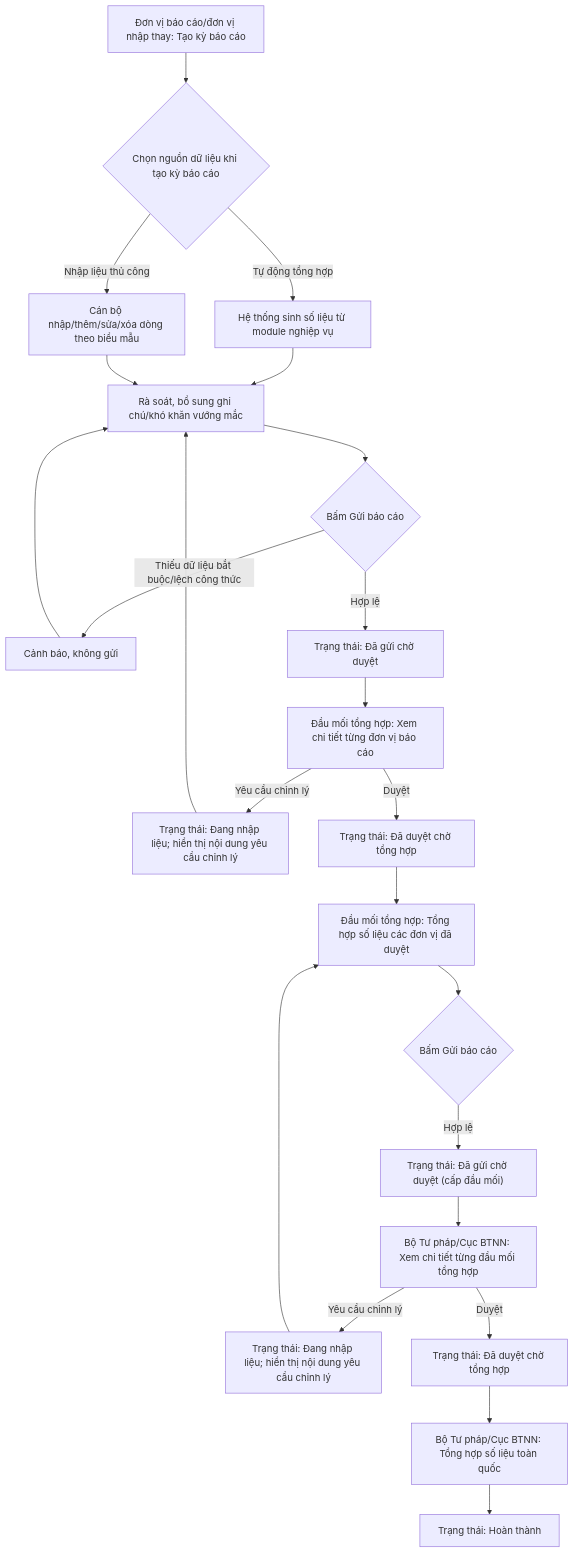
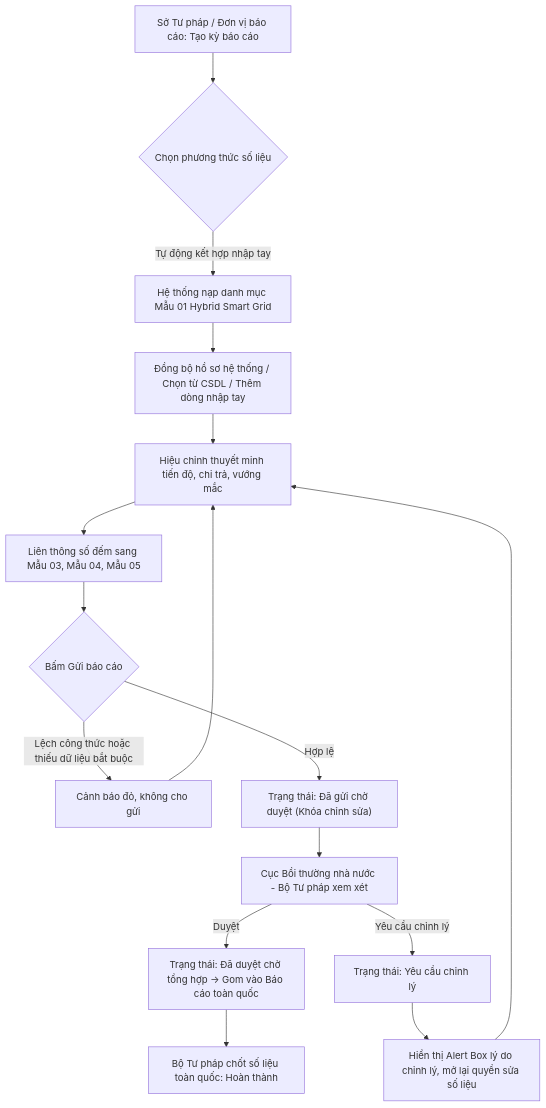
One commit to huyendt2007/BPBD_UI changed the diagram in Tai lieu phan tich/03_Website_Quan_tri/03_Cong_tac_boi_thuong/SRS_BTNN_QuanLyBaoCao_TT08.md. Above: the diagram before and after it, drawn with Mermaid. The commit also changed other lines of this file and 6 other files, not shown here.

Commit message:
Cap nhat luong YCBT co ban an sang Cho thuc thi, dong bo module kinh phi va hoan thien bao cao TT08

````diff
--- a/Tai lieu phan tich/03_Website_Quan_tri/03_Cong_tac_boi_thuong/SRS_BTNN_QuanLyBaoCao_TT08.md
+++ b/Tai lieu phan tich/03_Website_Quan_tri/03_Cong_tac_boi_thuong/SRS_BTNN_QuanLyBaoCao_TT08.md
@@ -41,25 +29,18 @@
 ```mermaid
 flowchart TD
-    A[Đơn vị báo cáo/đơn vị nhập thay: Tạo kỳ báo cáo] --> B{Chọn nguồn dữ liệu khi tạo kỳ báo cáo}
-    B -->|Tự động tổng hợp| C[Hệ thống sinh số liệu từ module nghiệp vụ]
-    B -->|Nhập liệu thủ công| D[Cán bộ nhập/thêm/sửa/xóa dòng theo biểu mẫu]
-    C --> E[Rà soát, bổ sung ghi chú/khó khăn vướng mắc]
-    D --> E
-    E --> F{Bấm Gửi báo cáo}
-    F -->|Thiếu dữ liệu bắt buộc/lệch công thức| G[Cảnh báo, không gửi]
-    G --> E
-    F -->|Hợp lệ| H["Trạng thái: Đã gửi chờ duyệt"]
-    H --> I[Đầu mối tổng hợp: Xem chi tiết từng đơn vị báo cáo]
-    I -->|Yêu cầu chỉnh lý| J["Trạng thái: Đang nhập liệu; hiển thị nội dung yêu cầu chỉnh lý"]
-    J --> E
-    I -->|Duyệt| K["Trạng thái: Đã duyệt chờ tổng hợp"]
-    K --> L[Đầu mối tổng hợp: Tổng hợp số liệu các đơn vị đã duyệt]
-    L --> M{Bấm Gửi báo cáo}
-    M -->|Hợp lệ| N["Trạng thái: Đã gửi chờ duyệt (cấp đầu mối)"]
-    N --> O[Bộ Tư pháp/Cục BTNN: Xem chi tiết từng đầu mối tổng hợp]
-    O -->|Yêu cầu chỉnh lý| P["Trạng thái: Đang nhập liệu; hiển thị nội dung yêu cầu chỉnh lý"]
-    P --> L
-    O -->|Duyệt| Q["Trạng thái: Đã duyệt chờ tổng hợp"]
-    Q --> R[Bộ Tư pháp/Cục BTNN: Tổng hợp số liệu toàn quốc]
-    R --> S["Trạng thái: Hoàn thành"]
+    A[Sở Tư pháp / Đơn vị báo cáo: Tạo kỳ báo cáo] --> B{Chọn phương thức số liệu}
+    B -->|Tự động kết hợp nhập tay| C[Hệ thống nạp danh mục Mẫu 01 Hybrid Smart Grid]
+    C --> D[Đồng bộ hồ sơ hệ thống / Chọn từ CSDL / Thêm dòng nhập tay]
+    D --> E[Hiệu chỉnh thuyết minh tiến độ, chi trả, vướng mắc]
+    E --> F[Liên thông số đếm sang Mẫu 03, Mẫu 04, Mẫu 05]
+    F --> G{Bấm Gửi báo cáo}
+    G -->|Lệch công thức hoặc thiếu dữ liệu bắt buộc| H[Cảnh báo đỏ, không cho gửi]
+    H --> E
+    G -->|Hợp lệ| I["Trạng thái: Đã gửi chờ duyệt (Khóa chỉnh sửa)"]
+    I --> J[Cục Bồi thường nhà nước - Bộ Tư pháp xem xét]
+    J -->|Duyệt| K["Trạng thái: Đã duyệt chờ tổng hợp -> Gom vào Báo cáo toàn quốc"]
+    J -->|Yêu cầu chỉnh lý| L["Trạng thái: Yêu cầu chỉnh lý"]
+    L --> M[Hiển thị Alert Box lý do chỉnh lý, mở lại quyền sửa số liệu]
+    M --> E
+    K --> N[Bộ Tư pháp chốt số liệu toàn quốc: Hoàn thành]
 ```
````
